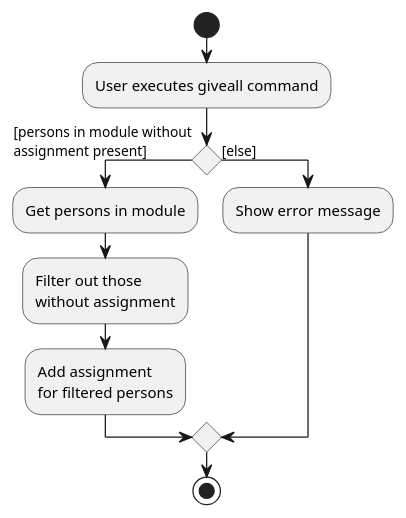
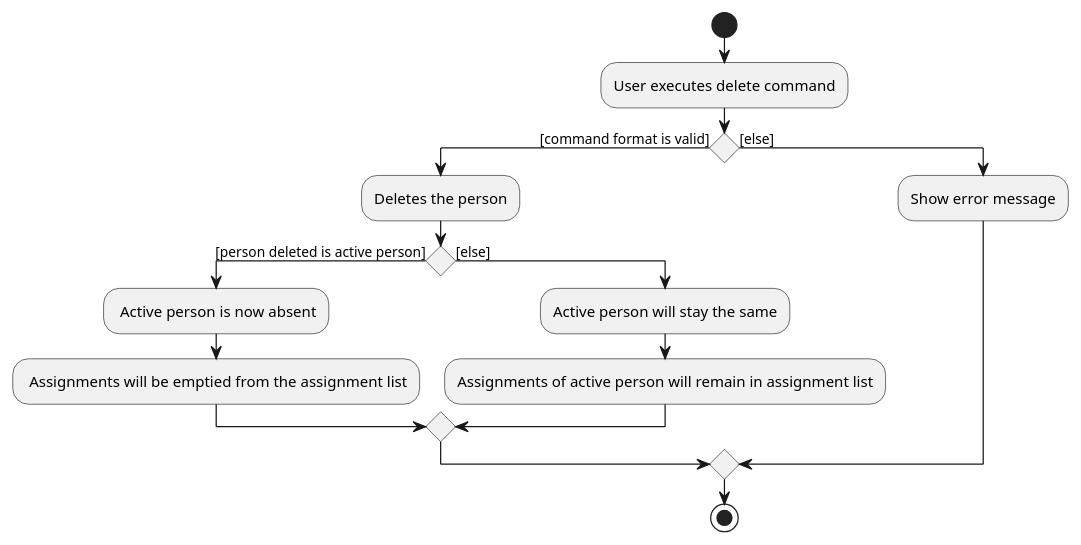
Before and after one commit to Droffilc13/tp: the diagram in docs/diagrams/tracing/UpdateAssignmentListActivityDiagram.puml, drawn with PlantUML. The commit also changed 2 other files, not shown here.

Commit message:
Add implementation details for active person

```diff
--- a/docs/diagrams/tracing/UpdateAssignmentListActivityDiagram.puml
+++ b/docs/diagrams/tracing/UpdateAssignmentListActivityDiagram.puml
@@ -1,19 +1,22 @@
 @startuml
-start
-:User executes giveall command;
 
 'Since the beta syntax does not support placing the condition outside the
 'diamond we place it as the true branch instead.
 
-if () then ([persons in module without
-assignment present])
-    :Get persons in module;
-    :Filter out those
-    without assignment;
-    :Add assignment
-    for filtered persons;
+start
+:User executes delete command;
+
+if () then ([command format is valid])
+    :Deletes the person;
+    if () then ([person deleted is active person])
+    : Active person is now absent;
+    : Assignments will be emptied from the assignment list;
+    else ([else])
+        :Active person will stay the same;
+        :Assignments of active person will remain in assignment list;
+    endif
 else ([else])
     :Show error message;
 endif
 stop
 @enduml
```
